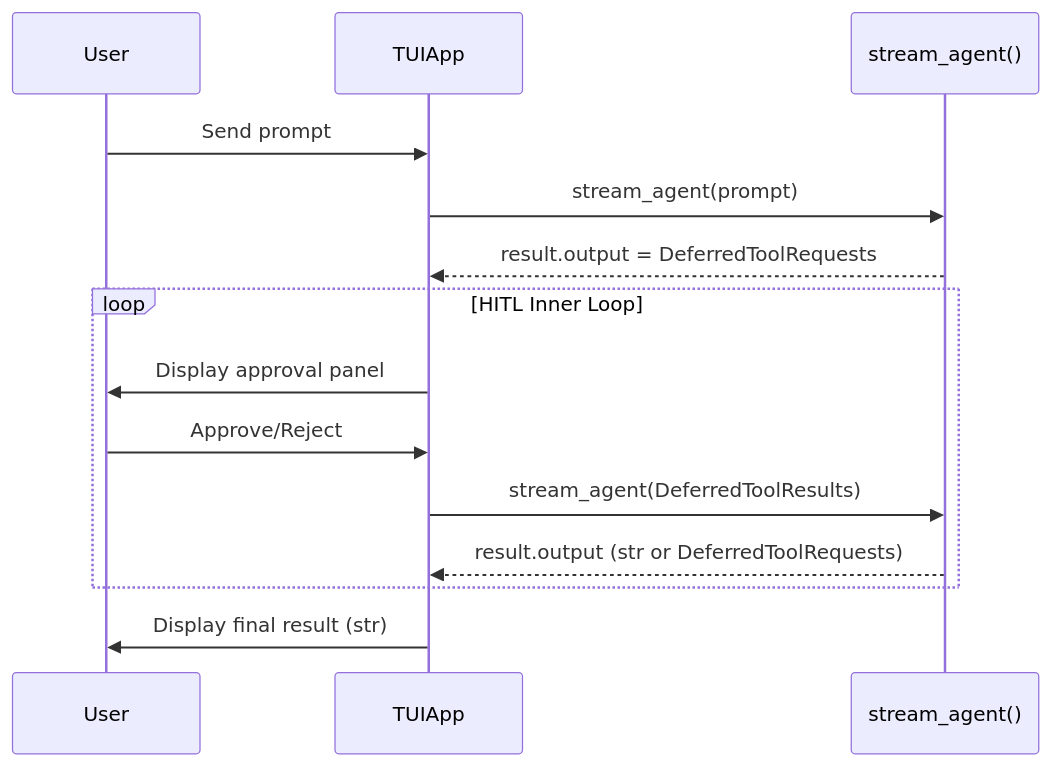
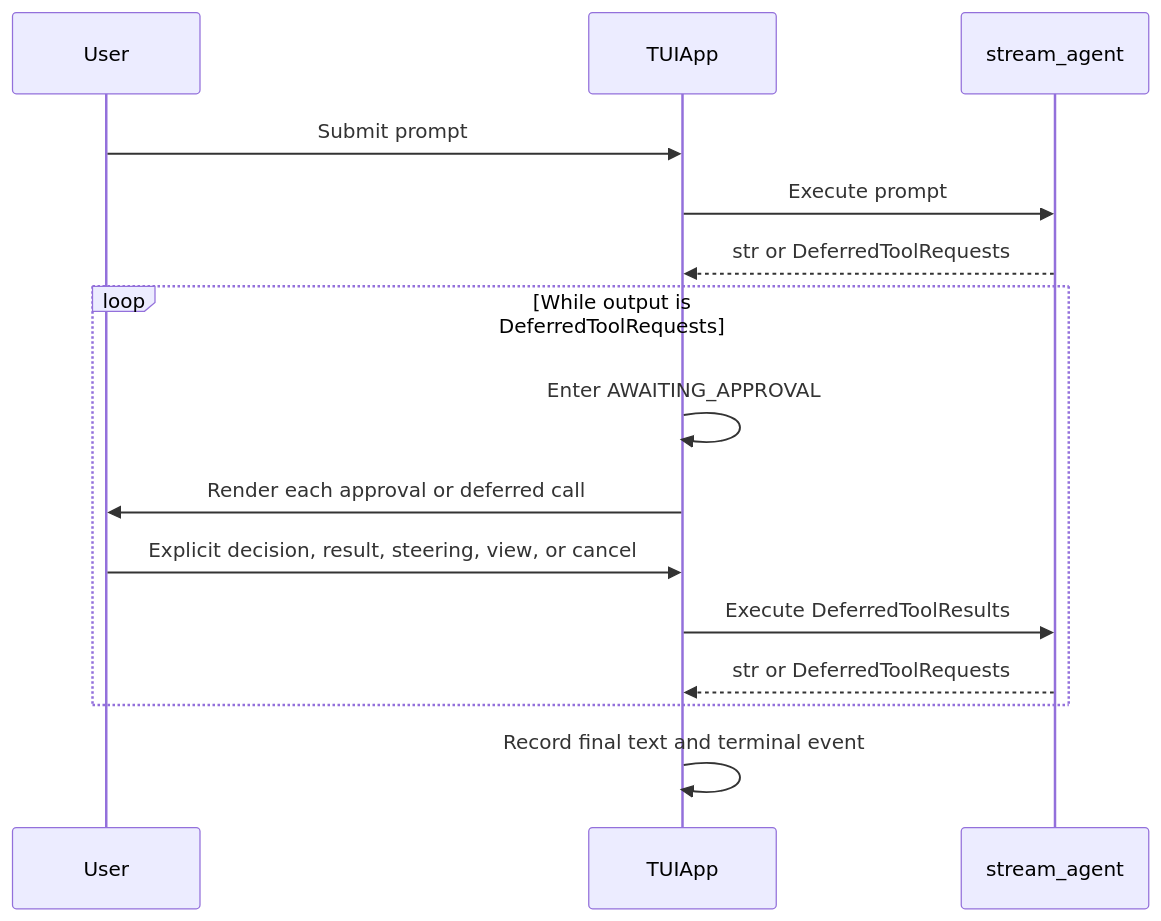
One commit to Wh1isper/ya-agent-sdk changed the diagram in packages/yaacli/spec/08-hitl.md. Above: the diagram before and after it, drawn with Mermaid. The commit also changed other lines of this file and 41 other files, not shown here.

````diff
--- a/packages/yaacli/spec/08-hitl.md
+++ b/packages/yaacli/spec/08-hitl.md
@@ -9,19 +31,20 @@
 ```mermaid
 sequenceDiagram
     participant User
     participant TUI as TUIApp
-    participant Agent as stream_agent()
+    participant Agent as stream_agent
 
-    User->>TUI: Send prompt
-    TUI->>Agent: stream_agent(prompt)
-    Agent-->>TUI: result.output = DeferredToolRequests
+    User->>TUI: Submit prompt
+    TUI->>Agent: Execute prompt
+    Agent-->>TUI: str or DeferredToolRequests
 
-    loop HITL Inner Loop
-        TUI->>User: Display approval panel
-        User->>TUI: Approve/Reject
-        TUI->>Agent: stream_agent(DeferredToolResults)
-        Agent-->>TUI: result.output (str or DeferredToolRequests)
+    loop While output is DeferredToolRequests
+        TUI->>TUI: Enter AWAITING_APPROVAL
+        TUI->>User: Render each approval or deferred call
+        User->>TUI: Explicit decision, result, steering, view, or cancel
+        TUI->>Agent: Execute DeferredToolResults
+        Agent-->>TUI: str or DeferredToolRequests
     end
 
-    TUI->>User: Display final result (str)
+    TUI->>TUI: Record final text and terminal event
 ```
````
